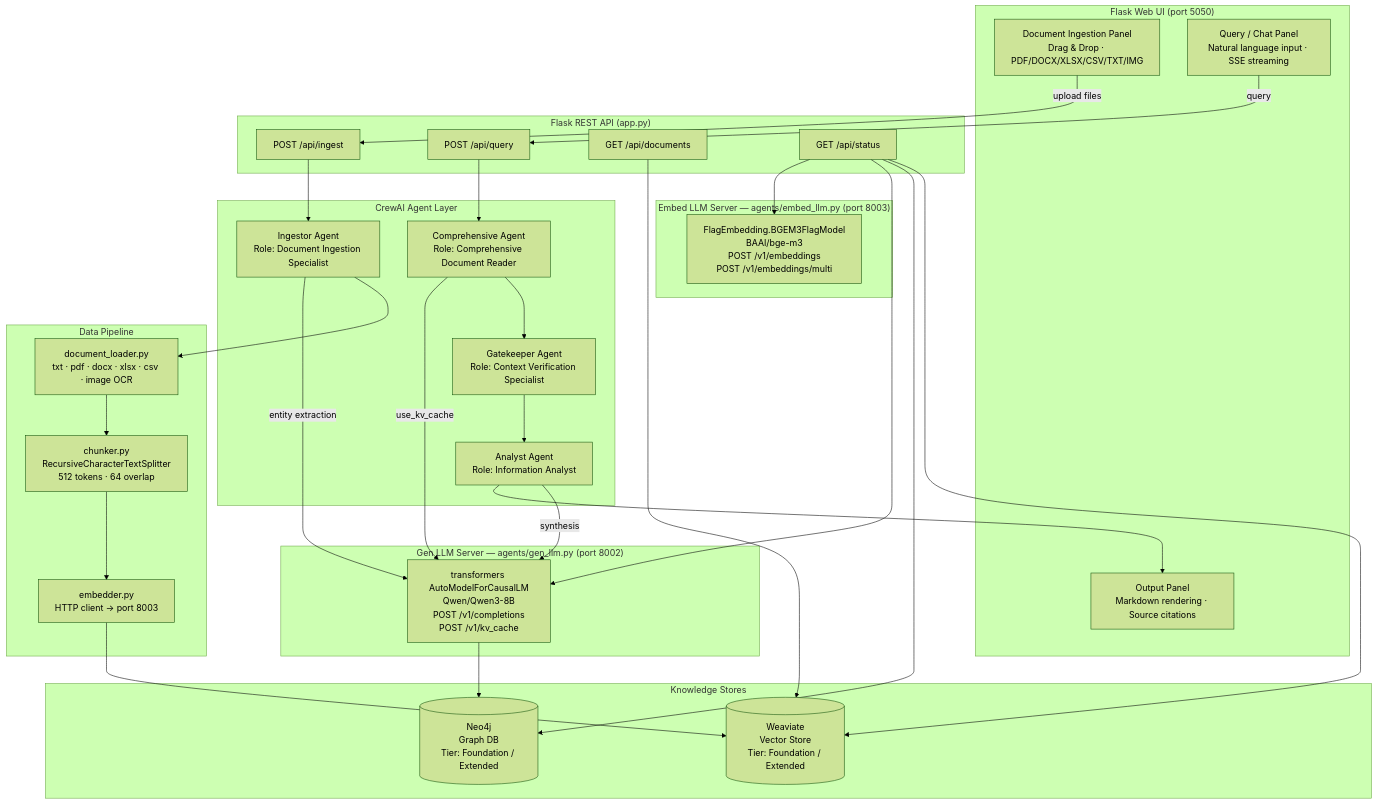
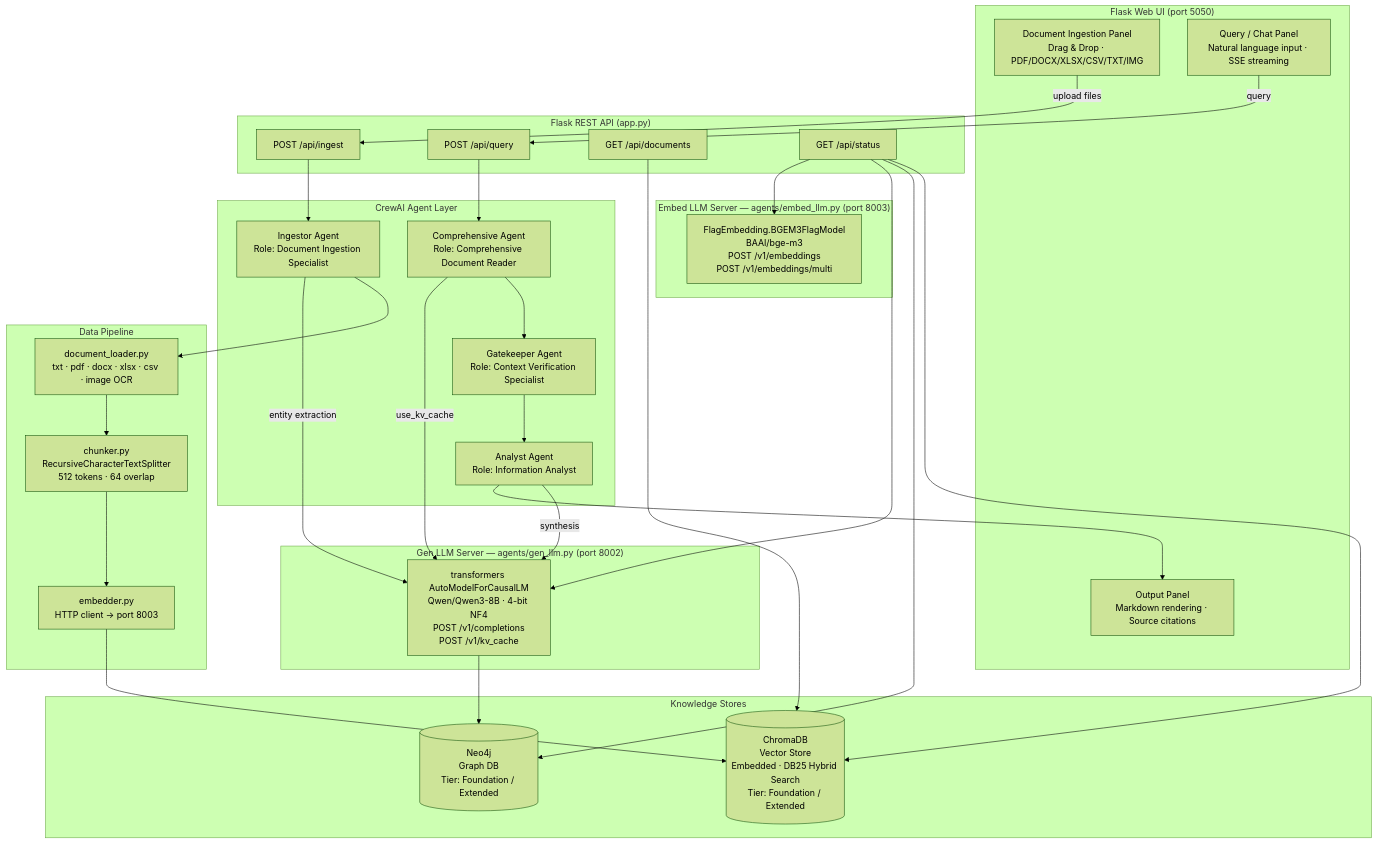
The first of 3 diagrams in HEALTHEXPERT_ARCHITECTURE_DESIGN.md (Sam-max1/healthexpert), drawn with Mermaid (forest theme) before and after one commit. The commit also changed other lines of this file and 22 other files, not shown here.

````diff
--- a/HEALTHEXPERT_ARCHITECTURE_DESIGN.md
+++ b/HEALTHEXPERT_ARCHITECTURE_DESIGN.md
@@ -9,53 +9,53 @@
 ```mermaid
 graph TB
     subgraph UI["Flask Web UI (port 5050)"]
         A[Document Ingestion Panel\nDrag & Drop · PDF/DOCX/XLSX/CSV/TXT/IMG]
         B[Query / Chat Panel\nNatural language input · SSE streaming]
         C[Output Panel\nMarkdown rendering · Source citations]
     end
 
     subgraph Backend["Flask REST API (app.py)"]
         D[POST /api/ingest]
         E[POST /api/query]
         F[GET  /api/documents]
         G[GET  /api/status]
     end
 
     subgraph Agents["CrewAI Agent Layer"]
         H[Ingestor Agent\nRole: Document Ingestion Specialist]
         I[Comprehensive Agent\nRole: Comprehensive Document Reader]
         J[Gatekeeper Agent\nRole: Context Verification Specialist]
         K[Analyst Agent\nRole: Information Analyst]
     end
 
     subgraph Pipeline["Data Pipeline"]
         L[document_loader.py\ntxt · pdf · docx · xlsx · csv · image OCR]
         M[chunker.py\nRecursiveCharacterTextSplitter\n512 tokens · 64 overlap]
         N[embedder.py\nHTTP client → port 8003]
     end
 
     subgraph Stores["Knowledge Stores"]
-        O[(Weaviate\nVector Store\nTier: Foundation / Extended)]
+        O[(ChromaDB\nVector Store\nEmbedded · DB25 Hybrid Search\nTier: Foundation / Extended)]
         P[(Neo4j\nGraph DB\nTier: Foundation / Extended)]
     end
 
     subgraph GenLLM["Gen LLM Server — agents/gen_llm.py (port 8002)"]
-        Q[transformers AutoModelForCausalLM\nQwen/Qwen3-8B\nPOST /v1/completions\nPOST /v1/kv_cache]
+        Q[transformers AutoModelForCausalLM\nQwen/Qwen3-8B · 4-bit NF4\nPOST /v1/completions\nPOST /v1/kv_cache]
     end
 
     subgraph EmbedLLM["Embed LLM Server — agents/embed_llm.py (port 8003)"]
         R[FlagEmbedding.BGEM3FlagModel\nBAAI/bge-m3\nPOST /v1/embeddings\nPOST /v1/embeddings/multi]
     end
 
     A -->|upload files| D
     B -->|query| E
     D --> H
     E --> I --> J --> K
     H --> L --> M --> N --> O
     H -->|entity extraction| Q --> P
     I -->|use_kv_cache| Q
     K -->|synthesis| Q
     K --> C
     F --> O
     G --> O & P & Q & R
 ```
````
